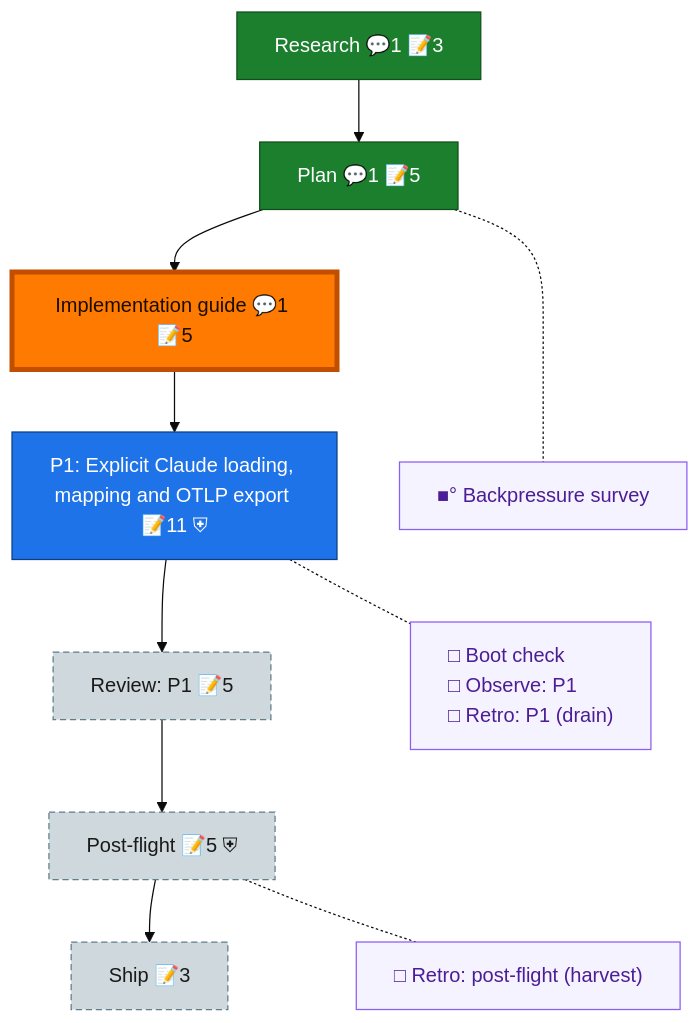
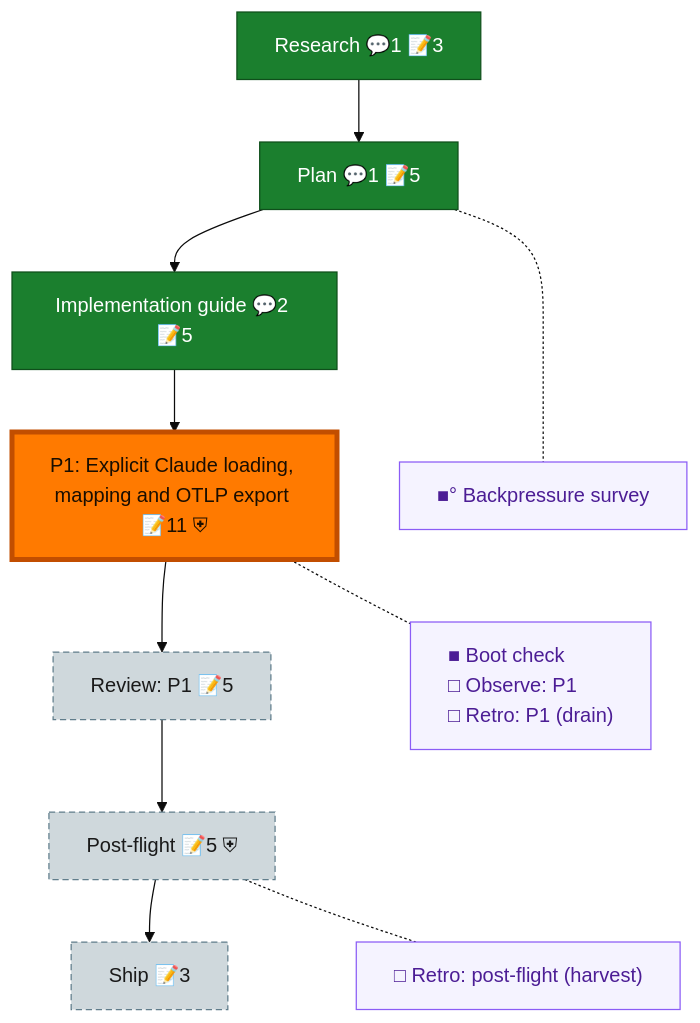
Before and after one commit to AI-Substrate/Unisphere: the diagram in docs/plans/005-claude-session-pipeline/the-flow.md, drawn with Mermaid (base theme). The commit also changed other lines of this file and 51 other files, not shown here.

````diff
--- a/docs/plans/005-claude-session-pipeline/the-flow.md
+++ b/docs/plans/005-claude-session-pipeline/the-flow.md
@@ -8,32 +8,31 @@
 ```mermaid
 flowchart TD
     research["Research 💬1 📝3"]:::done
     plan["Plan 💬1 📝5"]:::done
-    impl_guide["Implementation guide 💬1 📝5"]:::wip
-    phase_1["P1: Explicit Claude loading, mapping and OTLP export 📝11 ⛨"]:::known
+    impl_guide["Implementation guide 💬2 📝5"]:::done
+    phase_1["P1: Explicit Claude loading, mapping and OTLP export 📝11 ⛨"]:::wip
     review_1["Review: P1 📝5"]:::assumed
     post_flight["Post-flight 📝5 ⛨"]:::assumed
     ship["Ship 📝3"]:::assumed
 
     research --> plan --> impl_guide --> phase_1 --> review_1 --> post_flight --> ship
 
     planC["■° Backpressure survey"]:::chore
-    phase_1C["□ Boot check<br/>□ Observe: P1<br/>□ Retro: P1 (drain)"]:::chore
+    phase_1C["■ Boot check<br/>□ Observe: P1<br/>□ Retro: P1 (drain)"]:::chore
     post_flightC["□ Retro: post-flight (harvest)"]:::chore
 
     %% invisible chain holds the gutter boxes in their own column
     planC ~~~ phase_1C ~~~ post_flightC
 
     %% dotted links pull each gutter box beside its node
     plan -.- planC
     phase_1 -.- phase_1C
     post_flight -.- post_flightC
 
     classDef done fill:#1B7F2E,stroke:#0F4F1B,color:#fff;
     classDef wip fill:#43C04A,stroke:#1B7F2E,color:#04210A;
-    classDef known fill:#1E73E8,stroke:#0D3F86,color:#fff;
     classDef assumed fill:#CFD8DC,stroke:#607D8B,color:#1a1a1a,stroke-dasharray:5 3;
     classDef chore fill:#f5f3ff,stroke:#8b5cf6,color:#4c1d95,text-align:left;
     classDef current fill:#FF7A00,stroke:#C24E00,color:#1a0e00,stroke-width:4px;
-    class impl_guide current;
+    class phase_1 current;
 ```
````
